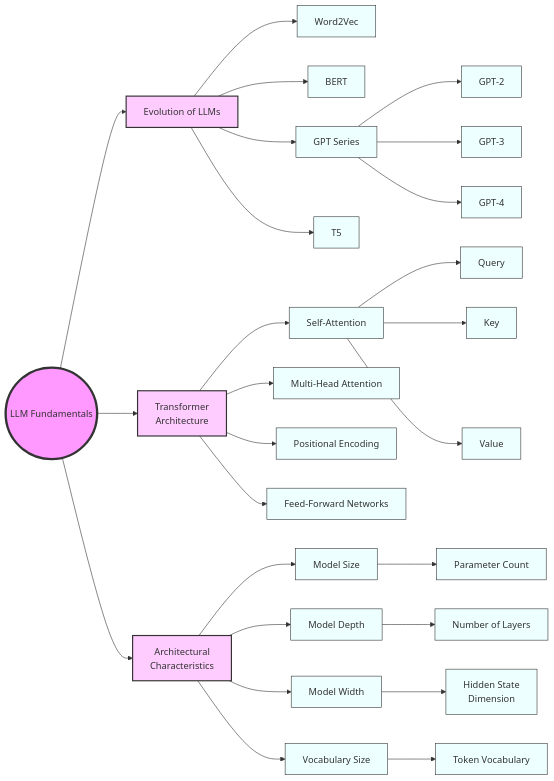
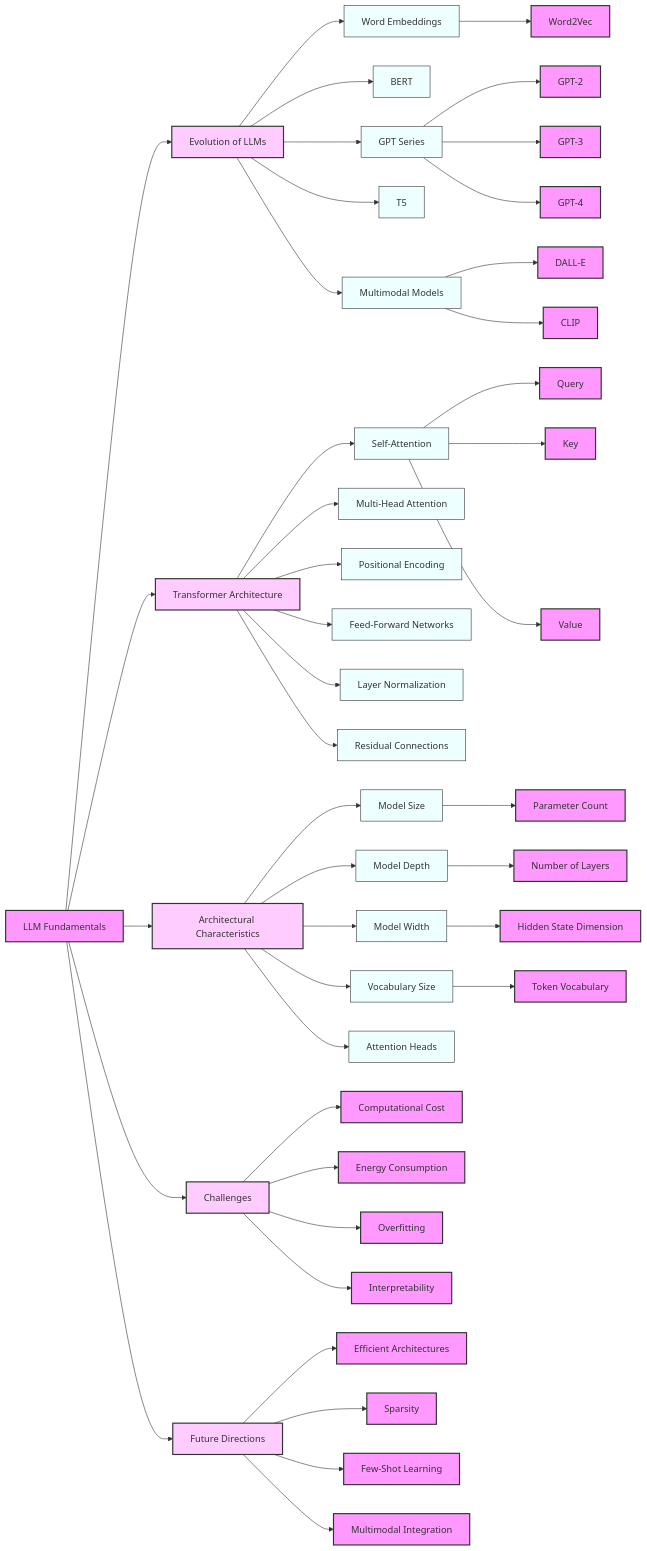
The second of 2 diagrams in notebooks/md/lesson_03_Basic_knowledge_and_architectural_characteristics_of_LLM.md (chenxingqiang/llm-course-chen), drawn with Mermaid before and after one commit. The commit also changed other lines of this file and 241 other files, not shown here.

````diff
--- a/notebooks/md/lesson_03_Basic_knowledge_and_architectural_characteristics_of_LLM.md
+++ b/notebooks/md/lesson_03_Basic_knowledge_and_architectural_characteristics_of_LLM.md
@@ -475,46 +562,64 @@
 ```mermaid
 graph LR
-    A(("LLM Fundamentals"))
+    A[LLM Fundamentals]
     
-    B["Evolution of LLMs"]
-    C["Transformer<br/>Architecture"]
-    D["Architectural<br/>Characteristics"]
+    B[Evolution of LLMs]
+    C[Transformer Architecture]
+    D[Architectural Characteristics]
     
     A --> B & C & D
     
-    B --> E["Word2Vec"]
-    B --> F["BERT"]
-    B --> G["GPT Series"]
-    B --> H["T5"]
+    B --> E[Word Embeddings]
+    B --> F[BERT]
+    B --> G[GPT Series]
+    B --> H[T5]
+    B --> I[Multimodal Models]
     
-    C --> I["Self-Attention"]
-    C --> J["Multi-Head Attention"]
-    C --> K["Positional Encoding"]
-    C --> L["Feed-Forward Networks"]
+    E --> J[Word2Vec]
+    G --> K[GPT-2]
+    G --> L[GPT-3]
+    G --> M[GPT-4]
+    I --> N[DALL-E]
+    I --> O[CLIP]
     
-    D --> M["Model Size"]
-    D --> N["Model Depth"]
-    D --> O["Model Width"]
-    D --> P["Vocabulary Size"]
+    C --> P[Self-Attention]
+    C --> Q[Multi-Head Attention]
+    C --> R[Positional Encoding]
+    C --> S[Feed-Forward Networks]
+    C --> T[Layer Normalization]
+    C --> U[Residual Connections]
     
-    M --> Q["Parameter Count"]
-    N --> R["Number of Layers"]
-    O --> S["Hidden State<br/>Dimension"]
-    P --> T["Token Vocabulary"]
+    P --> V[Query]
+    P --> W[Key]
+    P --> X[Value]
     
-    I --> U["Query"]
-    I --> V["Key"]
-    I --> W["Value"]
+    D --> Y[Model Size]
+    D --> Z[Model Depth]
+    D --> AA[Model Width]
+    D --> AB[Vocabulary Size]
+    D --> AC[Attention Heads]
     
-    G --> X["GPT-2"]
-    G --> Y["GPT-3"]
-    G --> Z["GPT-4"]
+    Y --> AD[Parameter Count]
+    Z --> AE[Number of Layers]
+    AA --> AF[Hidden State Dimension]
+    AB --> AG[Token Vocabulary]
+    
+    A --> AH[Challenges]
+    AH --> AI[Computational Cost]
+    AH --> AJ[Energy Consumption]
+    AH --> AK[Overfitting]
+    AH --> AL[Interpretability]
+    
+    A --> AM[Future Directions]
+    AM --> AN[Efficient Architectures]
+    AM --> AO[Sparsity]
+    AM --> AP[Few-Shot Learning]
+    AM --> AQ[Multimodal Integration]
 
-    style A fill:#f9f,stroke:#333,stroke-width:4px
-    style B fill:#fcf,stroke:#333,stroke-width:2px
-    style C fill:#fcf,stroke:#333,stroke-width:2px
-    style D fill:#fcf,stroke:#333,stroke-width:2px
-    
-    classDef subTopic fill:#eff,stroke:#333,stroke-width:1px
-    class E,F,G,H,I,J,K,L,M,N,O,P,Q,R,S,T,U,V,W,X,Y,Z subTopic
+    classDef default fill:#f9f,stroke:#333,stroke-width:2px;
+    classDef section fill:#fcf,stroke:#333,stroke-width:2px;
+    classDef subsection fill:#eff,stroke:#333,stroke-width:1px;
+    class A default;
+    class B,C,D,AH,AM section;
+    class E,F,G,H,I,P,Q,R,S,T,U,Y,Z,AA,AB,AC subsection;
 ```
````
